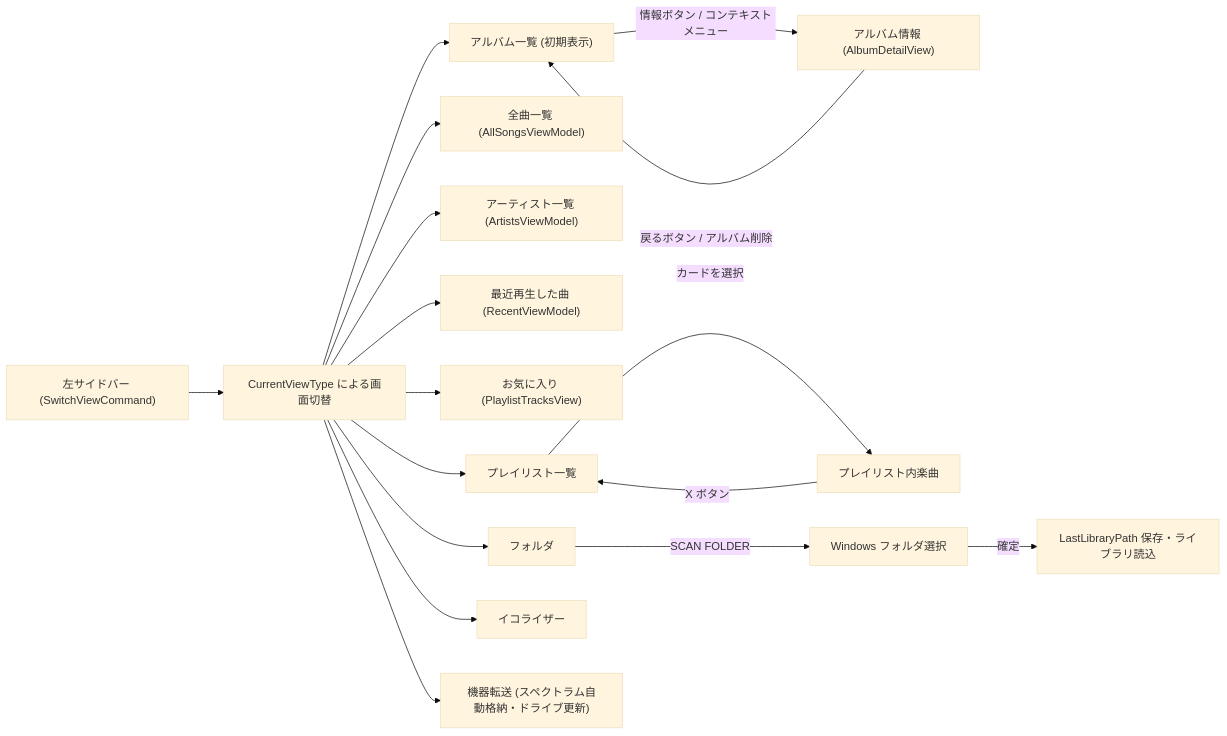
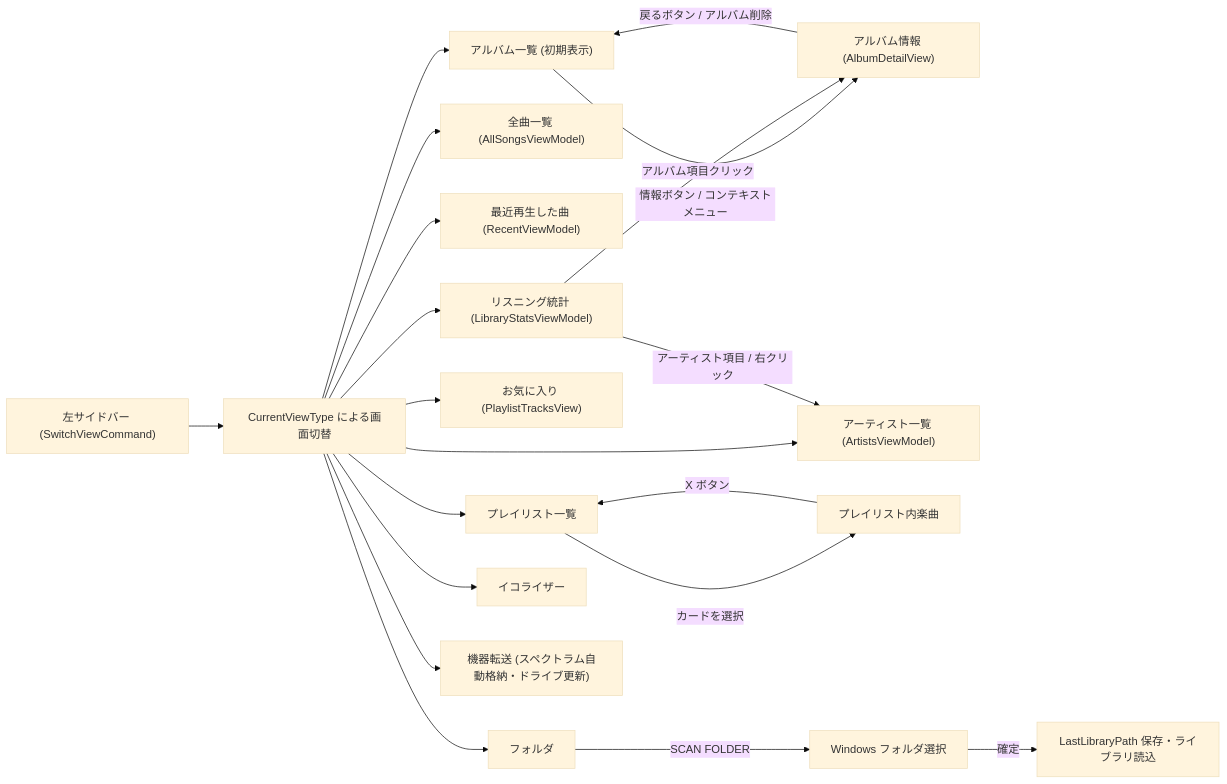
Before and after one commit to taketonnbo/Audio_Effector: the diagram in 設計/画面設計/画面遷移・ナビゲーション設計書.md, drawn with Mermaid (base theme). The commit also changed other lines of this file and 16 other files, not shown here.

````diff
--- a/設計/画面設計/画面遷移・ナビゲーション設計書.md
+++ b/設計/画面設計/画面遷移・ナビゲーション設計書.md
@@ -31,19 +32,22 @@
 ```mermaid
 flowchart LR
     Sidebar["左サイドバー (SwitchViewCommand)"] --> Workspace["CurrentViewType による画面切替"]
     Workspace --> Albums["アルバム一覧 (初期表示)"]
     Albums -->|"情報ボタン / コンテキストメニュー"| AlbumDetail["アルバム情報 (AlbumDetailView)"]
     AlbumDetail -->|"戻るボタン / アルバム削除"| Albums
     Workspace --> AllSongs["全曲一覧 (AllSongsViewModel)"]
     Workspace --> Artists["アーティスト一覧 (ArtistsViewModel)"]
     Workspace --> Recent["最近再生した曲 (RecentViewModel)"]
+    Workspace --> LibraryStats["リスニング統計 (LibraryStatsViewModel)"]
+    LibraryStats -->|"アーティスト項目 / 右クリック"| Artists
+    LibraryStats -->|"アルバム項目クリック"| AlbumDetail
     Workspace --> Favorites["お気に入り (PlaylistTracksView)"]
     Workspace --> Playlists["プレイリスト一覧"]
     Playlists -->|"カードを選択"| Tracks["プレイリスト内楽曲"]
     Tracks -->|"X ボタン"| Playlists
     Workspace --> Folder["フォルダ"]
     Folder -->|"SCAN FOLDER"| Picker["Windows フォルダ選択"]
     Picker -->|"確定"| Library["LastLibraryPath 保存・ライブラリ読込"]
     Workspace --> Equalizer["イコライザー"]
     Workspace --> Device["機器転送 (スペクトラム自動格納・ドライブ更新)"]
 ```
````
